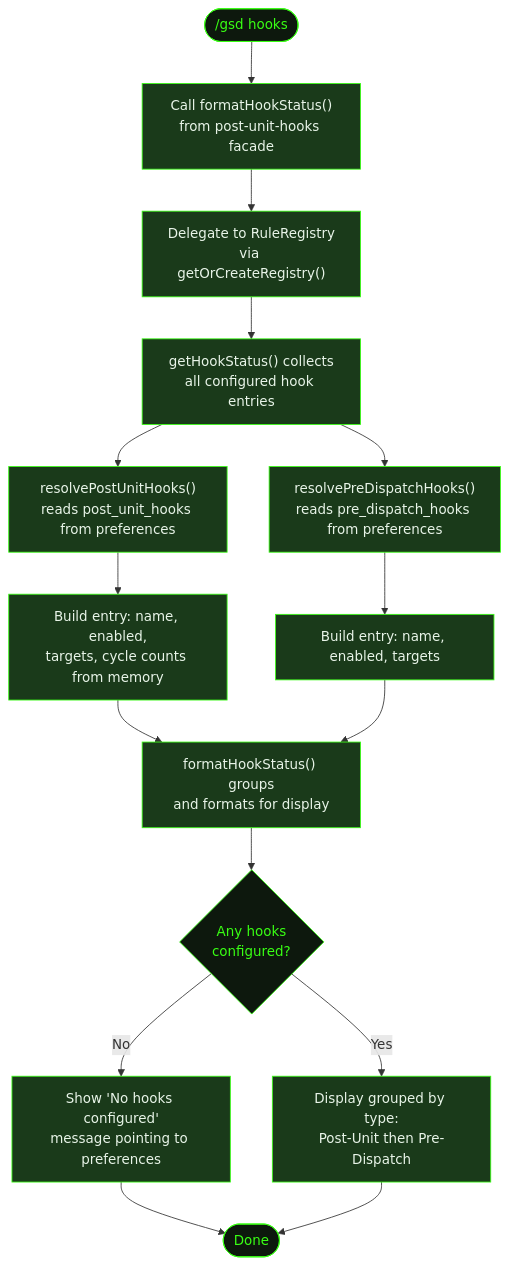
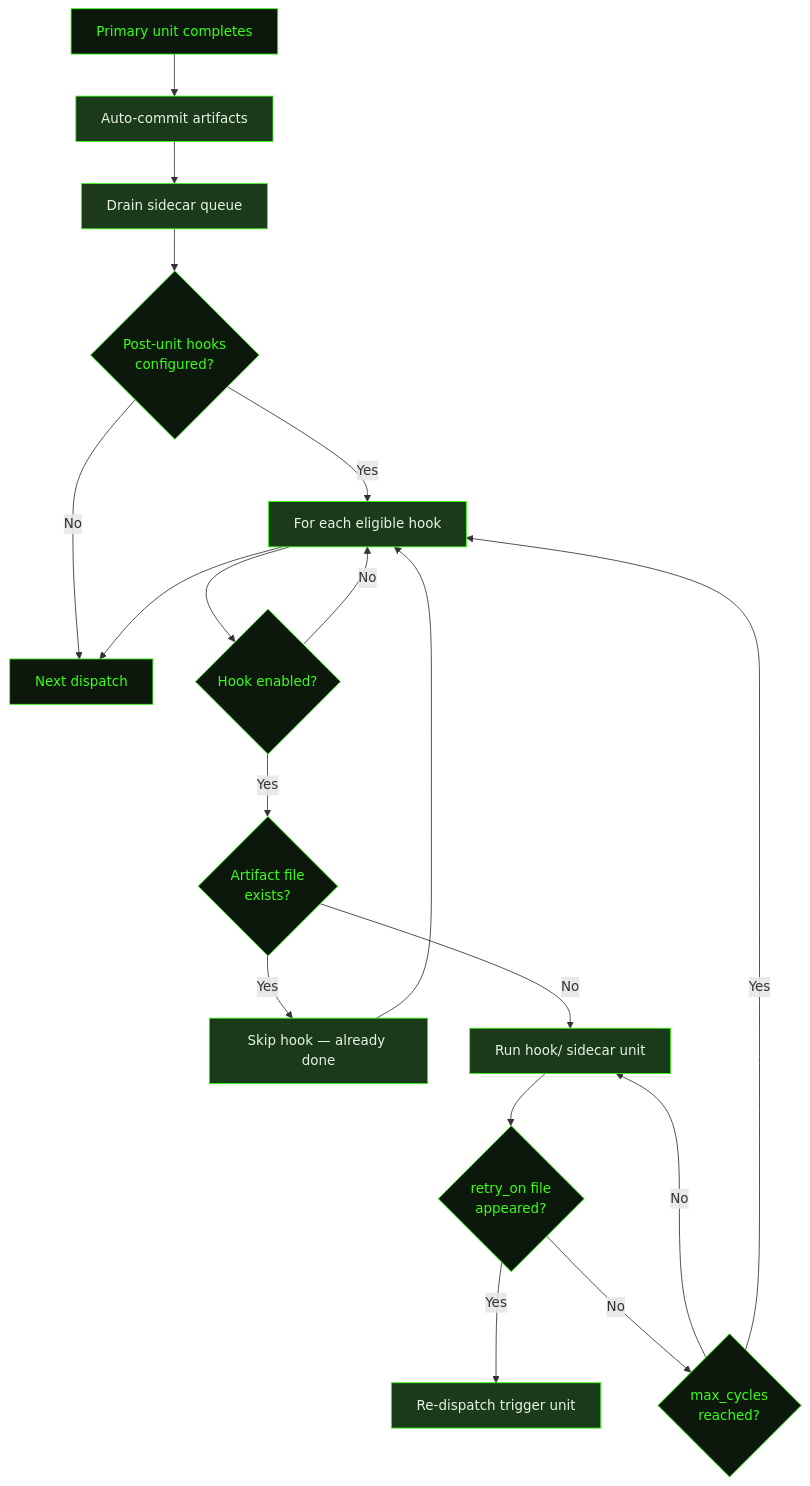
The diagram in src/content/docs/commands/hooks.mdx (shusha-group/gsd2-guide), drawn with Mermaid before and after one commit. The commit also changed other lines of this file and 202 other files, not shown here.

````diff
--- a/src/content/docs/commands/hooks.mdx
+++ b/src/content/docs/commands/hooks.mdx
@@ -24,31 +83,34 @@
 ```mermaid
 flowchart TD
-    Start(["/gsd hooks"]) --> Facade["Call formatHookStatus()\nfrom post-unit-hooks facade"]
-    Facade --> Registry["Delegate to RuleRegistry\nvia getOrCreateRegistry()"]
-    Registry --> GetStatus["getHookStatus() collects\nall configured hook entries"]
-    GetStatus --> PostHooks["resolvePostUnitHooks()\nreads post_unit_hooks from preferences"]
-    GetStatus --> PreHooks["resolvePreDispatchHooks()\nreads pre_dispatch_hooks from preferences"]
-    PostHooks --> BuildPost["Build entry: name, enabled,\ntargets, cycle counts from memory"]
-    PreHooks --> BuildPre["Build entry: name, enabled, targets"]
-    BuildPost --> Format["formatHookStatus() groups\nand formats for display"]
-    BuildPre --> Format
-    Format --> Empty{Any hooks\nconfigured?}
-    Empty -->|No| NoHooks["Show 'No hooks configured'\nmessage pointing to preferences"]
-    Empty -->|Yes| ShowHooks["Display grouped by type:\nPost-Unit then Pre-Dispatch"]
-    NoHooks --> Done([Done])
-    ShowHooks --> Done
+    Primary[Primary unit completes] --> Commit[Auto-commit artifacts]
+    Commit --> SidecarDrain[Drain sidecar queue]
+    SidecarDrain --> Check{Post-unit hooks\nconfigured?}
+    Check -->|No| Next[Next dispatch]
+    Check -->|Yes| ForEach[For each eligible hook]
+    ForEach --> Enabled{Hook enabled?}
+    Enabled -->|No| ForEach
+    Enabled -->|Yes| ArtifactCheck{Artifact file\nexists?}
+    ArtifactCheck -->|Yes| Skip[Skip hook — already done]
+    ArtifactCheck -->|No| Execute[Run hook/<name> sidecar unit]
+    Execute --> RetryCheck{retry_on file\nappeared?}
+    RetryCheck -->|Yes| Retry[Re-dispatch trigger unit]
+    RetryCheck -->|No| Cycles{max_cycles\nreached?}
+    Cycles -->|No| Execute
+    Cycles -->|Yes| ForEach
+    Skip --> ForEach
+    ForEach --> Next
 
-    style Start fill:#0d180d,stroke:#39ff14,color:#39ff14
-    style Empty fill:#0d180d,stroke:#39ff14,color:#39ff14
-    style Done fill:#0d180d,stroke:#39ff14,color:#39ff14
-    style Facade fill:#1a3a1a,stroke:#39ff14,color:#e8f4e8
-    style Registry fill:#1a3a1a,stroke:#39ff14,color:#e8f4e8
-    style GetStatus fill:#1a3a1a,stroke:#39ff14,color:#e8f4e8
-    style PostHooks fill:#1a3a1a,stroke:#39ff14,color:#e8f4e8
-    style PreHooks fill:#1a3a1a,stroke:#39ff14,color:#e8f4e8
-    style BuildPost fill:#1a3a1a,stroke:#39ff14,color:#e8f4e8
-    style BuildPre fill:#1a3a1a,stroke:#39ff14,color:#e8f4e8
-    style Format fill:#1a3a1a,stroke:#39ff14,color:#e8f4e8
-    style NoHooks fill:#1a3a1a,stroke:#39ff14,color:#e8f4e8
-    style ShowHooks fill:#1a3a1a,stroke:#39ff14,color:#e8f4e8
+    style Primary fill:#0d180d,stroke:#39ff14,color:#39ff14
+    style Check fill:#0d180d,stroke:#39ff14,color:#39ff14
+    style Enabled fill:#0d180d,stroke:#39ff14,color:#39ff14
+    style ArtifactCheck fill:#0d180d,stroke:#39ff14,color:#39ff14
+    style RetryCheck fill:#0d180d,stroke:#39ff14,color:#39ff14
+    style Cycles fill:#0d180d,stroke:#39ff14,color:#39ff14
+    style Commit fill:#1a3a1a,stroke:#39ff14,color:#e8f4e8
+    style SidecarDrain fill:#1a3a1a,stroke:#39ff14,color:#e8f4e8
+    style ForEach fill:#1a3a1a,stroke:#39ff14,color:#e8f4e8
+    style Execute fill:#1a3a1a,stroke:#39ff14,color:#e8f4e8
+    style Skip fill:#1a3a1a,stroke:#39ff14,color:#e8f4e8
+    style Retry fill:#1a3a1a,stroke:#39ff14,color:#e8f4e8
+    style Next fill:#0d180d,stroke:#39ff14,color:#39ff14
 ```
````
